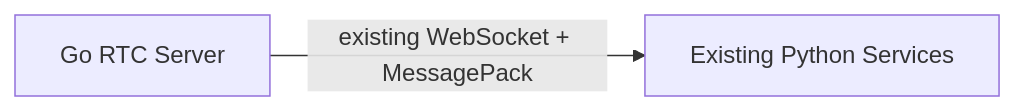
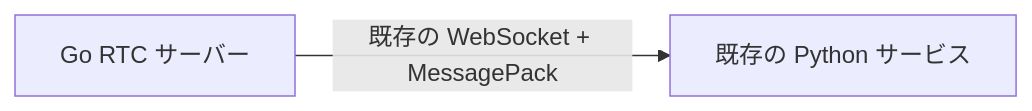
One commit to Sincromisor/Sincromisor changed the second of 3 diagrams in documents/migration/pion/contracts-and-types.md. Above: the diagram before and after it, drawn with Mermaid. The commit also changed other lines of this file and 94 other files, not shown here.

````diff
--- a/documents/migration/pion/contracts-and-types.md
+++ b/documents/migration/pion/contracts-and-types.md
@@ -94,4 +94,4 @@
 ```mermaid
 flowchart LR
-    Go["Go RTC Server"] -->|"existing WebSocket + MessagePack"| Python["Existing Python Services"]
+    Go["Go RTC サーバー"] -->|"既存の WebSocket + MessagePack"| Python["既存の Python サービス"]
 ```
````
